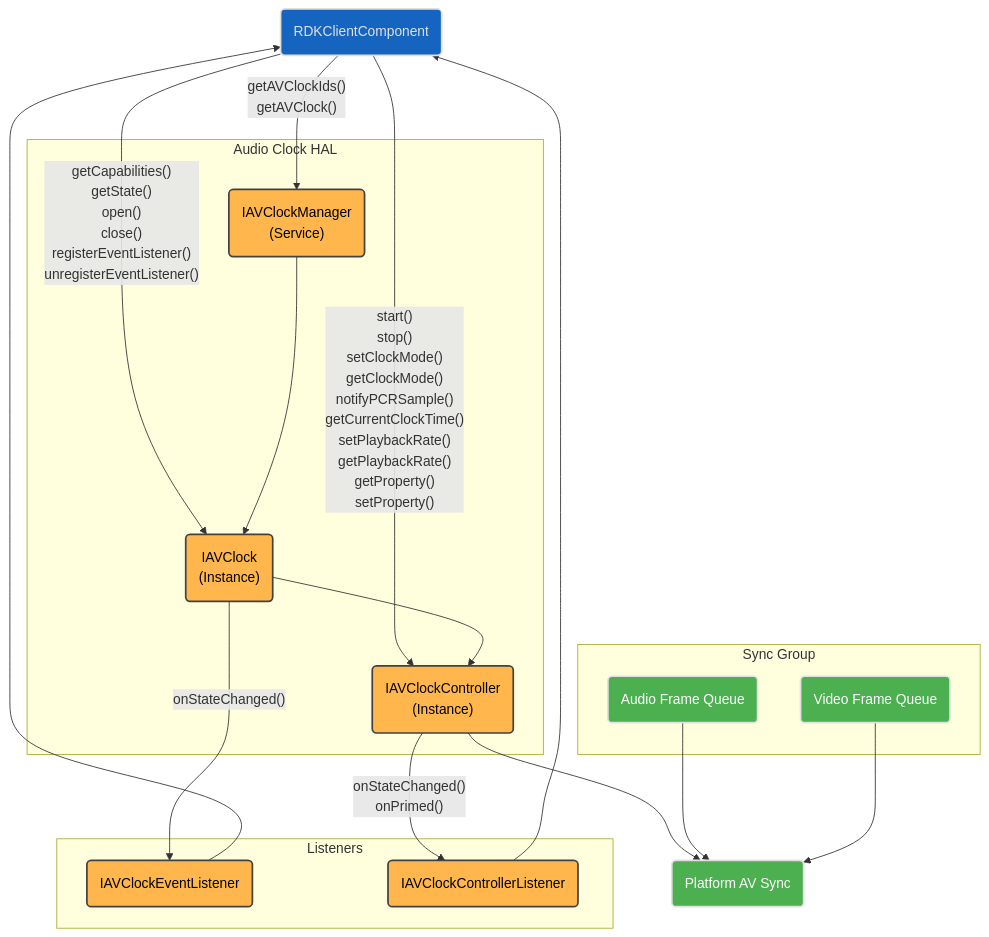
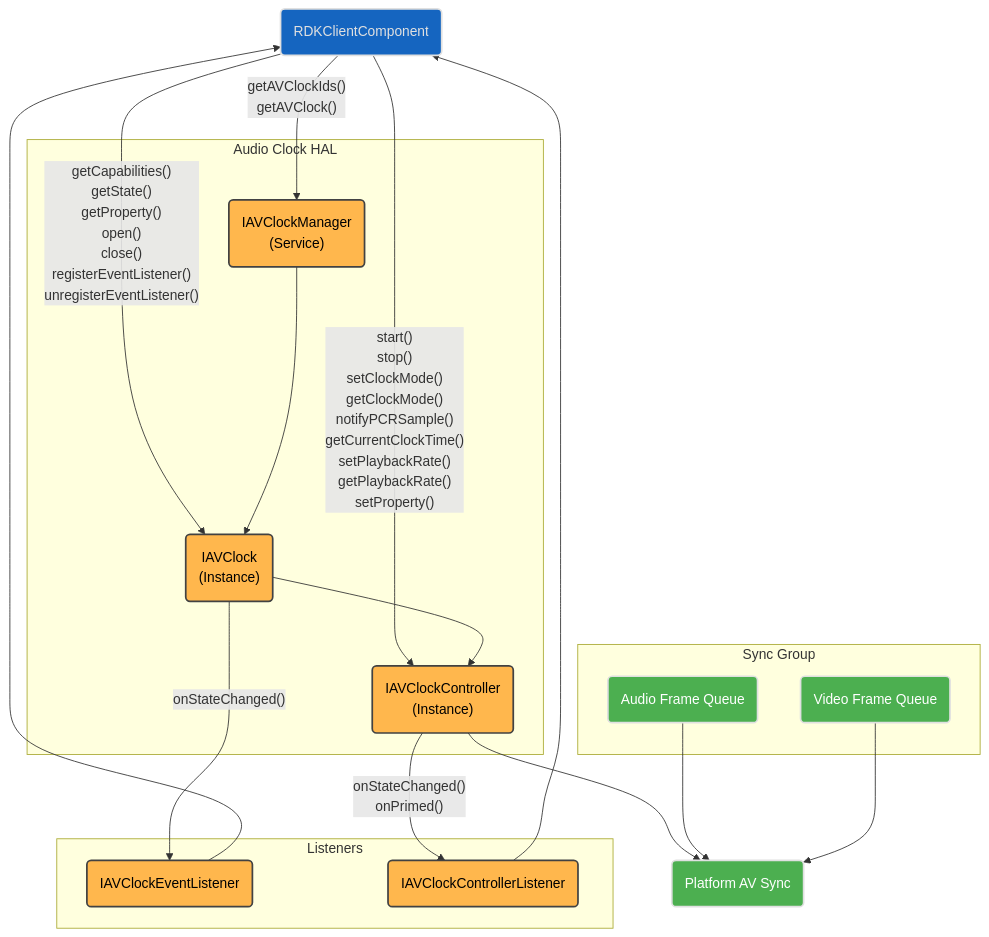
The first of 7 diagrams in avclock/current/docs/av_clock.md (rdkcentral/rdk-halif-aidl), drawn with Mermaid before and after one commit. The commit also changed other lines of this file and 2 other files, not shown here.

First paragraph of the commit message:
fix(avclock): narrow #503 fix per review — only setProperty() moves
Addresses review feedback on #524:

````diff
--- a/avclock/current/docs/av_clock.md
+++ b/avclock/current/docs/av_clock.md
@@ -111,47 +111,47 @@
 ```mermaid
 flowchart TD
     RDKClientComponent("RDKClientComponent")
     subgraph Listeners["Listeners"]
         IAVClockEventListener("IAVClockEventListener")
         IAVClockControllerListener("IAVClockControllerListener")
     end
     subgraph IAVClockHAL["Audio Clock HAL"]
         IAVClockManager("IAVClockManager <br>(Service)")
         IAVClock("IAVClock <br>(Instance)")
         IAVClockController("IAVClockController <br>(Instance)")
     end
     subgraph SyncGroup["Sync Group"]
         AudioFrameQueue("Audio Frame Queue")
         VideoFrameQueue("Video Frame Queue")
     end
       platformAVSync("Platform AV Sync")
     RDKClientComponent -- getAVClockIds() <br> getAVClock() --> IAVClockManager
-    RDKClientComponent -- getCapabilities() <br> getState() <br> open() <br> close() <br> registerEventListener() <br> unregisterEventListener() --> IAVClock
-    RDKClientComponent -- start() <br> stop() <br> setClockMode() <br> getClockMode() <br> notifyPCRSample() <br> getCurrentClockTime() <br> setPlaybackRate() <br> getPlaybackRate() <br> getProperty() <br> setProperty() --> IAVClockController
+    RDKClientComponent -- getCapabilities() <br> getState() <br> getProperty() <br> open() <br> close() <br> registerEventListener() <br> unregisterEventListener() --> IAVClock
+    RDKClientComponent -- start() <br> stop() <br> setClockMode() <br> getClockMode() <br> notifyPCRSample() <br> getCurrentClockTime() <br> setPlaybackRate() <br> getPlaybackRate() <br> setProperty() --> IAVClockController
     IAVClockManager --> IAVClock --> IAVClockController
     IAVClock -- onStateChanged() --> IAVClockEventListener
     IAVClockController -- onStateChanged() <br> onPrimed() --> IAVClockControllerListener
     IAVClockEventListener --> RDKClientComponent
     IAVClockControllerListener --> RDKClientComponent
     IAVClockController --> platformAVSync
     %% Sync Group
     AudioFrameQueue --> platformAVSync
     VideoFrameQueue --> platformAVSync
 
     classDef background fill:#121212,stroke:none,color:#E0E0E0;
     classDef blue fill:#1565C0,stroke:#E0E0E0,stroke-width:2px,color:#E0E0E0;
     classDef lightGrey fill:#616161,stroke:#E0E0E0,stroke-width:2px,color:#FFFFFF;
     classDef wheat fill:#FFB74D,stroke:#424242,stroke-width:2px,color:#000000;
     classDef green fill:#4CAF50,stroke:#E0E0E0,stroke-width:2px,color:#FFFFFF;
     classDef default fill:#1E1E1E,stroke:#E0E0E0,stroke-width:1px,color:#E0E0E0;
 
     RDKClientComponent:::blue
     IAVClockManager:::wheat
     IAVClockController:::wheat
     IAVClock:::wheat
     IAVClockControllerListener:::wheat
     IAVClockEventListener:::wheat
     platformAVSync:::green
     AudioFrameQueue:::green
     VideoFrameQueue:::green
 ```
````
